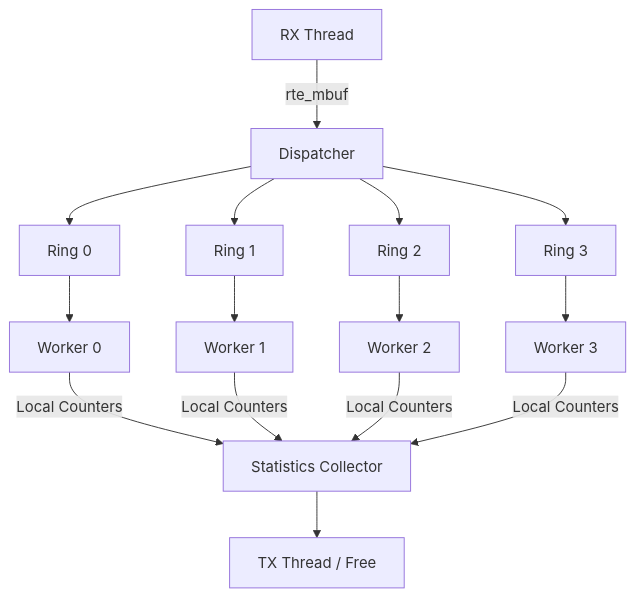
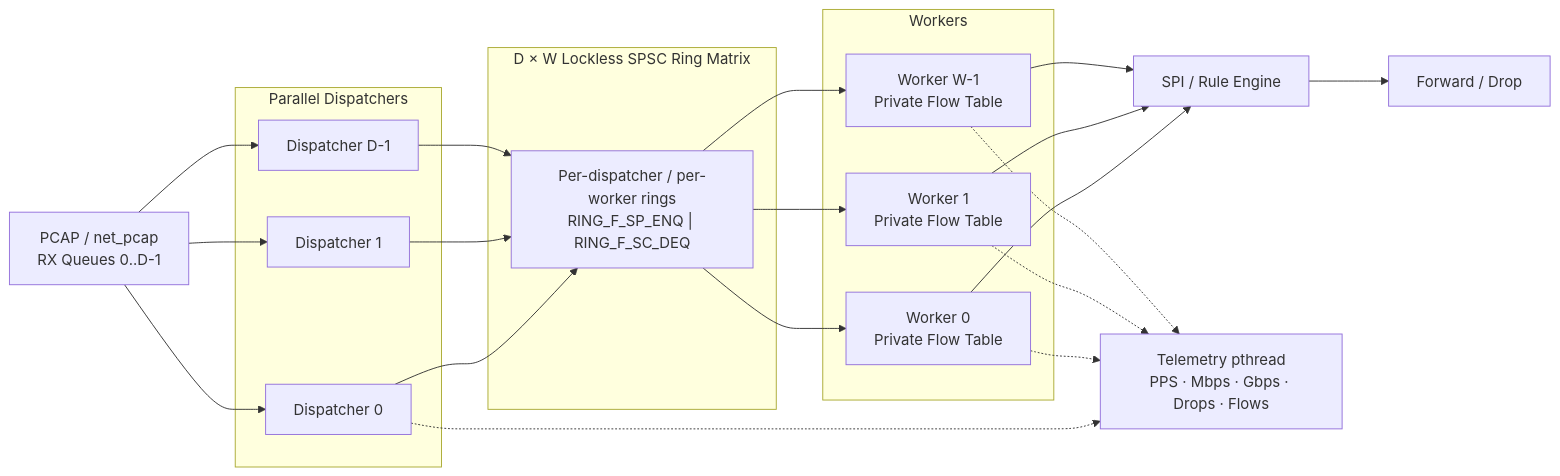
One commit to hao20167/HPC_FlowTable changed the diagram in README.md. Above: the diagram before and after it, drawn with Mermaid. The commit also changed other lines of this file and 13 other files, not shown here.

First line of the commit message:
perf: multi-dispatcher SPSC crossbar matrix; 4 RX queues (#6) [10.85M pps, 56.15 Gbps]

````diff
--- a/README.md
+++ b/README.md
@@ -79,21 +13,46 @@
 ```mermaid
-flowchart TD
-    RX["RX Thread"] -->|rte_mbuf| DISPATCHER["Dispatcher"]
+flowchart LR
+    PCAP["PCAP / net_pcap<br/>RX Queues 0..D-1"]
 
-    DISPATCHER --> R0["Ring 0"]
-    DISPATCHER --> R1["Ring 1"]
-    DISPATCHER --> R2["Ring 2"]
-    DISPATCHER --> R3["Ring 3"]
+    subgraph DISP["Parallel Dispatchers"]
+        D0["Dispatcher 0"]
+        D1["Dispatcher 1"]
+        DN["Dispatcher D-1"]
+    end
 
-    R0 --> W0["Worker 0"]
-    R1 --> W1["Worker 1"]
-    R2 --> W2["Worker 2"]
-    R3 --> W3["Worker 3"]
+    subgraph XBAR["D × W Lockless SPSC Ring Matrix"]
+        R["Per-dispatcher / per-worker rings<br/>RING_F_SP_ENQ | RING_F_SC_DEQ"]
+    end
 
-    W0 -->|Local Counters| STATS["Statistics Collector"]
-    W1 -->|Local Counters| STATS
-    W2 -->|Local Counters| STATS
-    W3 -->|Local Counters| STATS
+    subgraph WORKERS["Workers"]
+        W0["Worker 0<br/>Private Flow Table"]
+        W1["Worker 1<br/>Private Flow Table"]
+        WN["Worker W-1<br/>Private Flow Table"]
+    end
 
-    STATS --> TX["TX Thread / Free"]
+    SPI["SPI / Rule Engine"]
+    OUT["Forward / Drop"]
+    STATS["Telemetry pthread<br/>PPS · Mbps · Gbps · Drops · Flows"]
+
+    PCAP --> D0
+    PCAP --> D1
+    PCAP --> DN
+
+    D0 --> R
+    D1 --> R
+    DN --> R
+
+    R --> W0
+    R --> W1
+    R --> WN
+
+    W0 --> SPI
+    W1 --> SPI
+    WN --> SPI
+    SPI --> OUT
+
+    D0 -.-> STATS
+    W0 -.-> STATS
+    W1 -.-> STATS
+    WN -.-> STATS
 ```
````
